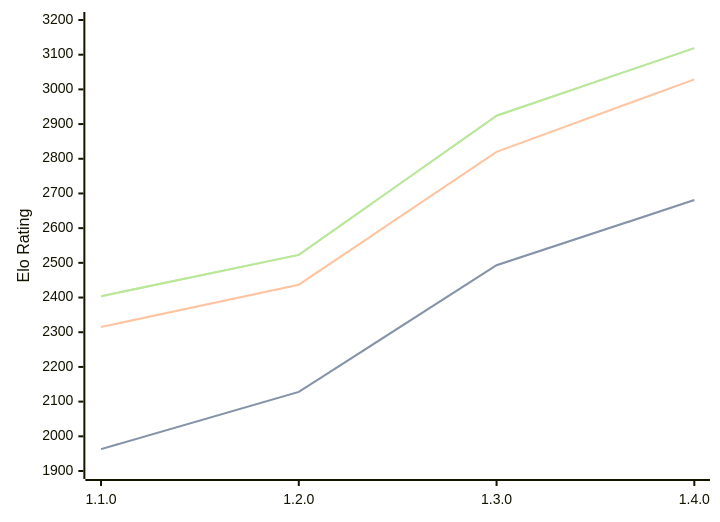
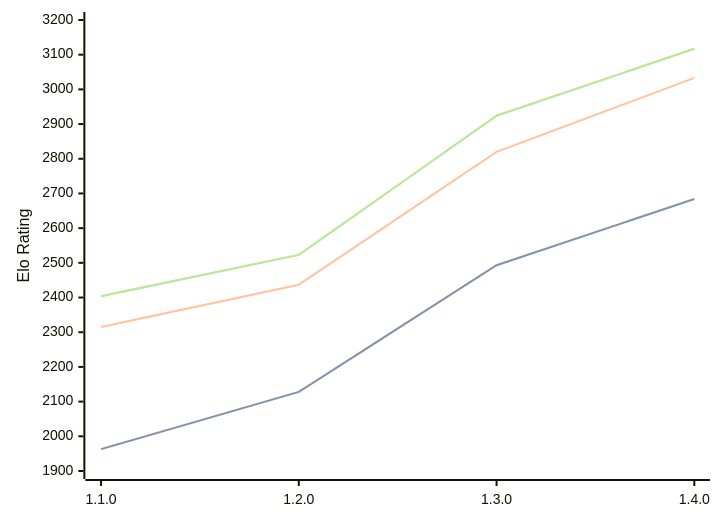
Before and after one commit to computer-chess-index/cci: the diagram in engines/Gyatso.md, drawn with Mermaid. The commit also changed other lines of this file, not shown here.

Commit message:
Update CCI Ratings (ELO VLTC) - 2026-09-15

````diff
--- a/engines/Gyatso.md
+++ b/engines/Gyatso.md
@@ -36,11 +36,11 @@
 ```mermaid
 %%{init: {"theme":"base","themeVariables":{"seriesColors:['#a3a3a3','#222221','#faa371']}}}%%
 xychart-beta
   x-axis ["1.1.0", "1.2.0", "1.3.0", "1.4.0"]
   y-axis "Elo Rating" 1900 --> 3200
-  line "" [1963, 2128, 2493, 2681]
-  line "STC (8.0+0.08s)" [1963, 2128, 2493, 2681]
-  line "LTC (60.0+0.60s)" [2315, 2437, 2820, 3029]
-  line "" [2404, 2523, 2924, 3119]
-  line "VLTC (2m24s+1.12s)" [2404, 2523, 2924, 3119]
+  line "" [1963, 2128, 2493, 2684]
+  line "STC (8.0+0.08s)" [1963, 2128, 2493, 2684]
+  line "LTC (60.0+0.60s)" [2315, 2437, 2820, 3033]
+  line "" [2404, 2523, 2924, 3117]
+  line "VLTC (2m24s+1.12s)" [2404, 2523, 2924, 3117]
 ```
````
